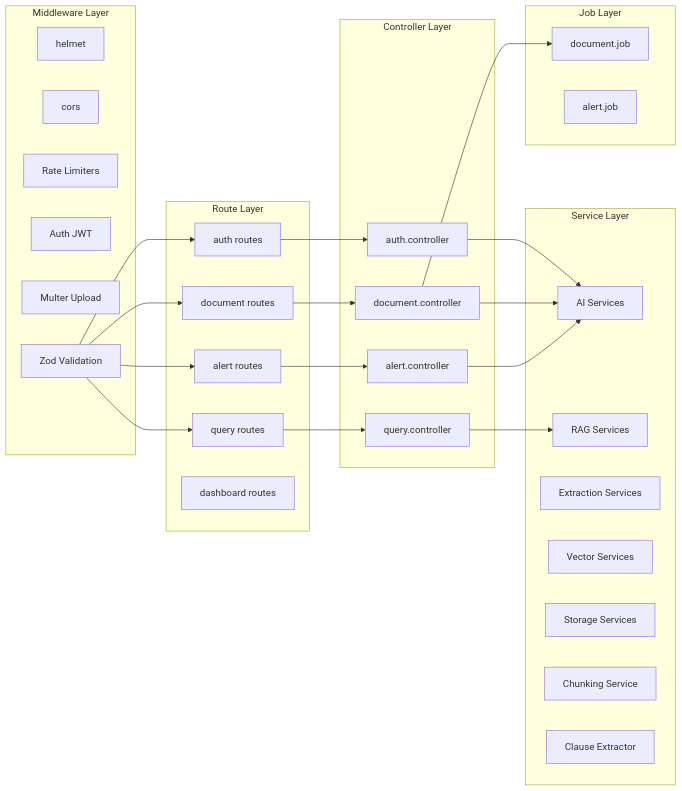
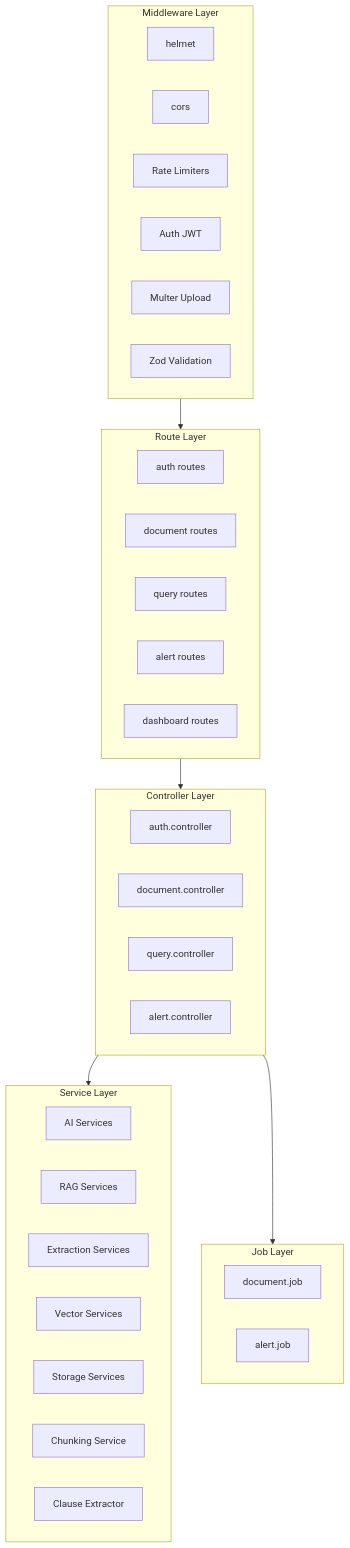
One commit to AniketB26/What-I-Signed changed the fourth of 9 diagrams in README.md. Above: the diagram before and after it, drawn with Mermaid. The commit also changed other lines of this file, not shown here.

Commit message:
docs: rewrite all mermaid diagrams with GitHub-safe syntax

````diff
--- a/README.md
+++ b/README.md
@@ -299,55 +299,46 @@
 ```mermaid
-graph LR
-    subgraph MW [Middleware Layer]
+graph TD
+    subgraph MWL[Middleware Layer]
         HEL[helmet]
         COR[cors]
         RL[Rate Limiters]
-        AUTH[Auth JWT]
+        AUTHMW[Auth JWT]
         UPL[Multer Upload]
         VAL[Zod Validation]
     end
 
-    subgraph RT [Route Layer]
+    subgraph RTL[Route Layer]
         AR[auth routes]
         DR[document routes]
         QR[query routes]
         ALR[alert routes]
         DSR[dashboard routes]
     end
 
-    subgraph CT [Controller Layer]
+    subgraph CTL[Controller Layer]
         AC[auth.controller]
         DC[document.controller]
         QC[query.controller]
         ALC[alert.controller]
     end
 
-    subgraph SV [Service Layer]
-        AI[AI Services]
-        RAG[RAG Services]
-        EXT[Extraction Services]
-        VEC[Vector Services]
-        STR[Storage Services]
-        CHK[Chunking Service]
-        CLS[Clause Extractor]
+    subgraph SVL[Service Layer]
+        AIS[AI Services]
+        RAGS[RAG Services]
+        EXTS[Extraction Services]
+        VECS[Vector Services]
+        STRS[Storage Services]
+        CHKS[Chunking Service]
+        CLSS[Clause Extractor]
     end
 
-    subgraph JB [Job Layer]
+    subgraph JBL[Job Layer]
         DJ[document.job]
         AJ[alert.job]
     end
 
-    VAL --> AR
-    VAL --> DR
-    VAL --> QR
-    VAL --> ALR
-    AR --> AC
-    DR --> DC
-    QR --> QC
-    ALR --> ALC
-    AC --> AI
-    DC --> AI
-    DC --> DJ
-    QC --> RAG
-    ALC --> AI
+    MWL --> RTL
+    RTL --> CTL
+    CTL --> SVL
+    CTL --> JBL
 ```
````
